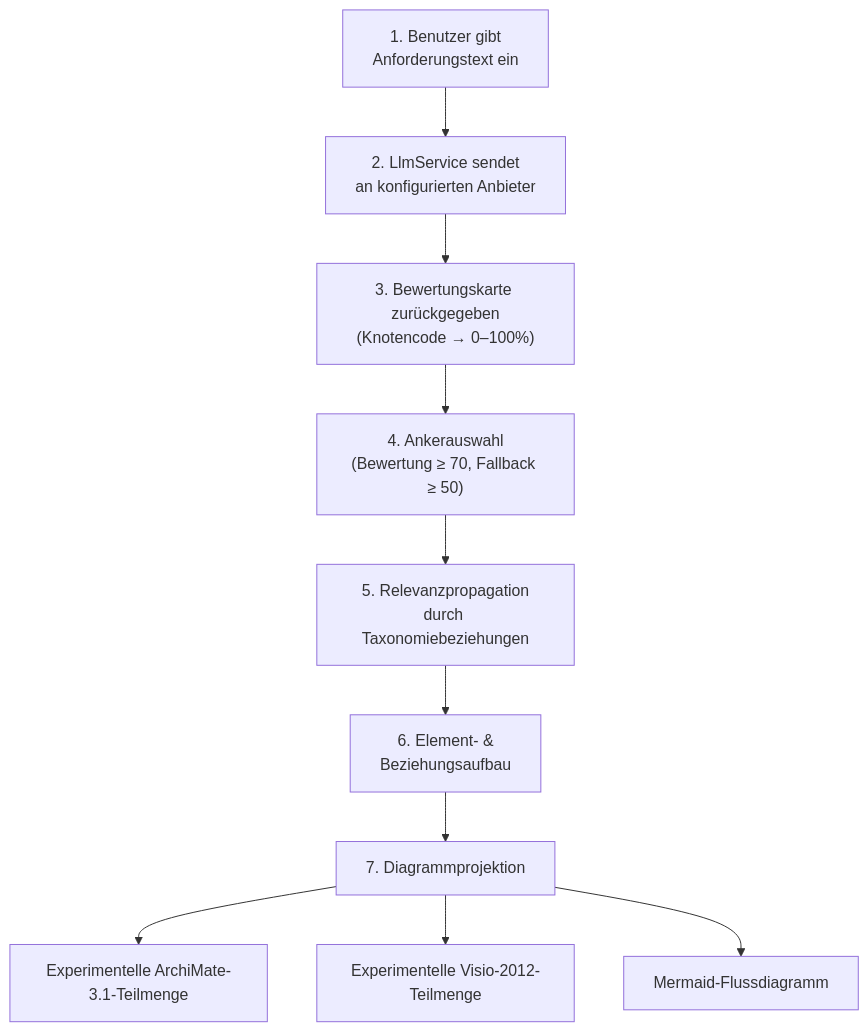
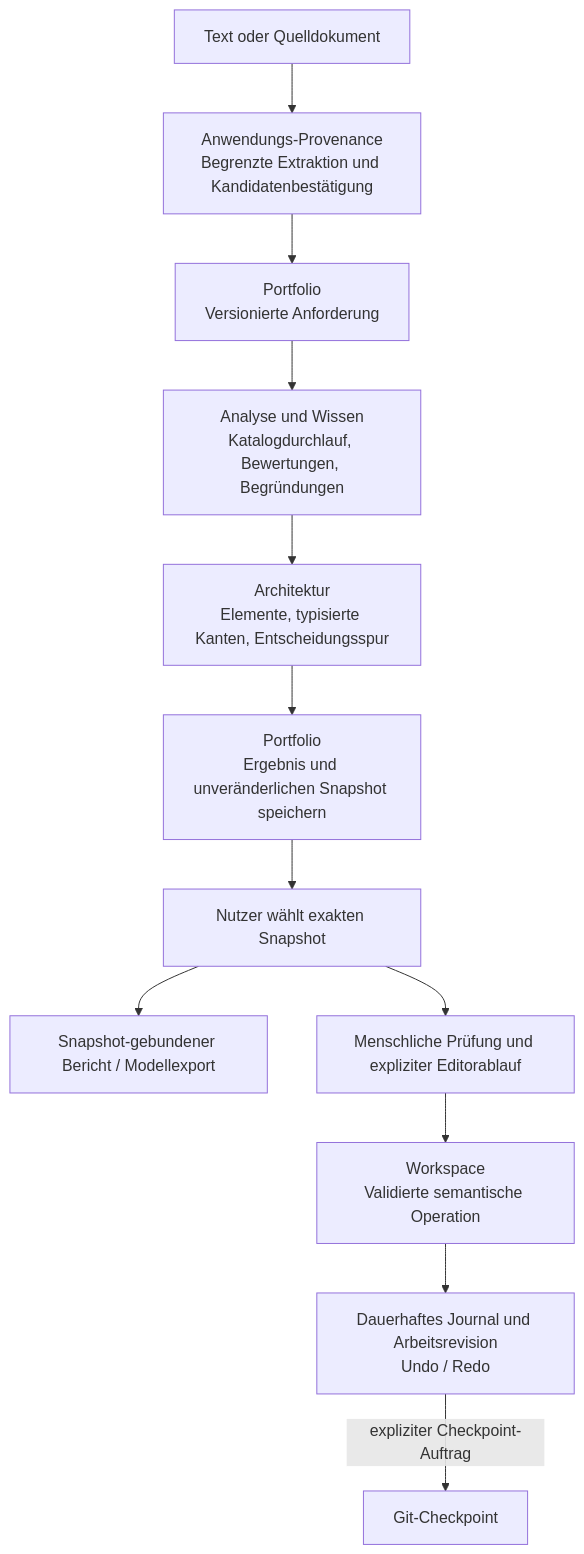
Before and after one commit to carstenartur/Taxonomy: the third of 4 diagrams in docs/de/ARCHITECTURE.md, drawn with Mermaid. The commit also changed other lines of this file and 8 other files, not shown here.

First line of the commit message:
docs: explain current application architecture and check diagram consistency

````diff
--- a/docs/de/ARCHITECTURE.md
+++ b/docs/de/ARCHITECTURE.md
@@ -120,12 +156,14 @@
 ```mermaid
-flowchart TD
-    A["1. Benutzer gibt<br/>Anforderungstext ein"] --> B["2. LlmService sendet<br/>an konfigurierten Anbieter"]
-    B --> C["3. Bewertungskarte zurückgegeben<br/>(Knotencode → 0–100%)"]
-    C --> D["4. Ankerauswahl<br/>(Bewertung ≥ 70, Fallback ≥ 50)"]
-    D --> E["5. Relevanzpropagation<br/>durch Taxonomiebeziehungen"]
-    E --> F["6. Element- &<br/>Beziehungsaufbau"]
-    F --> G["7. Diagrammprojektion"]
-    G --> H1["Experimentelle ArchiMate-3.1-Teilmenge"]
-    G --> H2["Experimentelle Visio-2012-Teilmenge"]
-    G --> H3["Mermaid-Flussdiagramm"]
+flowchart TB
+    Input["Text oder Quelldokument"] --> Provenance["Anwendungs-Provenance<br/>Begrenzte Extraktion und Kandidatenbestätigung"]
+    Provenance --> Requirement["Portfolio<br/>Versionierte Anforderung"]
+    Requirement --> Analyse["Analyse und Wissen<br/>Katalogdurchlauf, Bewertungen, Begründungen"]
+    Analyse --> Derive["Architektur<br/>Elemente, typisierte Kanten, Entscheidungsspur"]
+    Derive --> Snapshot["Portfolio<br/>Ergebnis und unveränderlichen Snapshot speichern"]
+    Snapshot --> Select["Nutzer wählt exakten Snapshot"]
+    Select --> Export["Snapshot-gebundener Bericht / Modellexport"]
+    Select --> Review["Menschliche Prüfung und expliziter Editorablauf"]
+    Review --> Edit["Workspace<br/>Validierte semantische Operation"]
+    Edit --> Revision["Dauerhaftes Journal und Arbeitsrevision<br/>Undo / Redo"]
+    Revision -->|expliziter Checkpoint-Auftrag| Checkpoint["Git-Checkpoint"]
 ```
````
